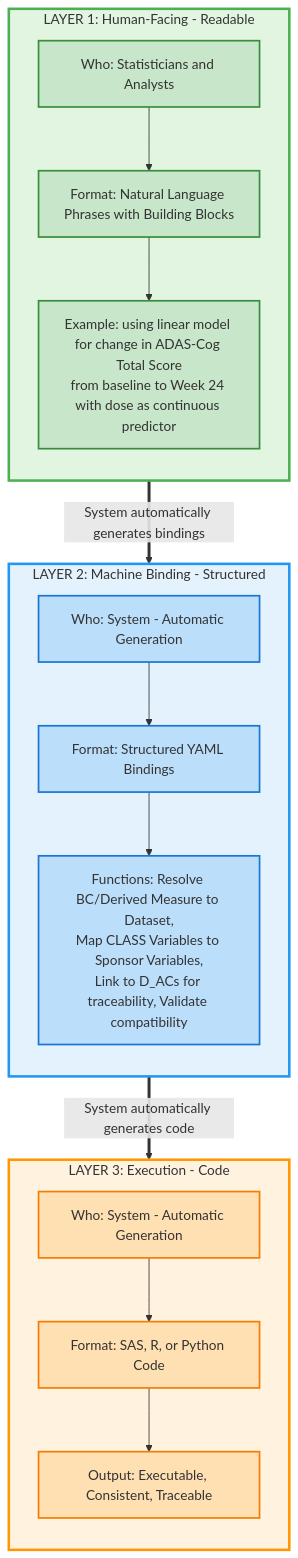
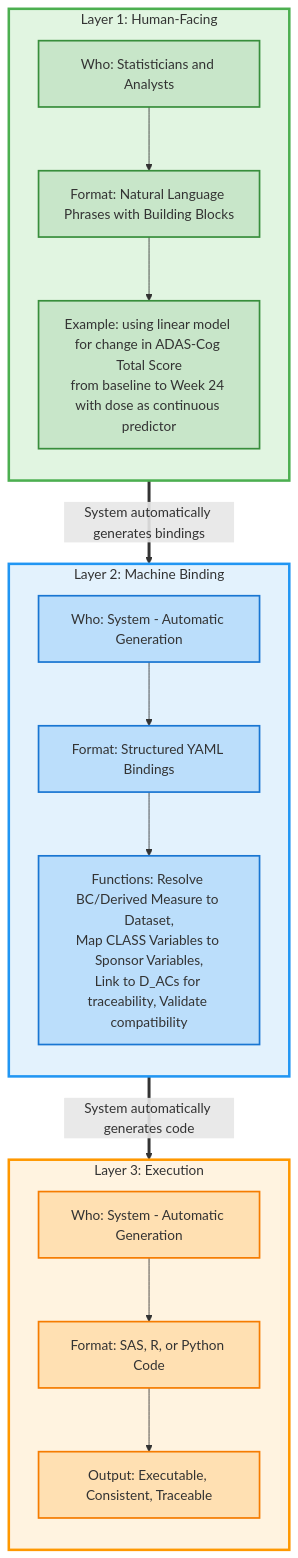
The diagram in neo4j/data/metadata/HYBRID_PHRASE_BASED_APPROACH.md (cdisc-org/analysis-concepts), drawn with Mermaid before and after one commit.

````diff
--- a/neo4j/data/metadata/HYBRID_PHRASE_BASED_APPROACH.md
+++ b/neo4j/data/metadata/HYBRID_PHRASE_BASED_APPROACH.md
@@ -15,41 +15,41 @@
 ```mermaid
 flowchart TD
-    subgraph Layer1["LAYER 1: Human-Facing - Readable"]
+    subgraph Layer1["Layer 1: Human-Facing"]
         direction TB
         H1["Who: Statisticians and Analysts"]
         H2["Format: Natural Language Phrases with Building Blocks"]
         H3["Example: using linear model for change in ADAS-Cog Total Score<br/>from baseline to Week 24 with dose as continuous predictor"]
         H1 --> H2 --> H3
     end
 
-    subgraph Layer2["LAYER 2: Machine Binding - Structured"]
+    subgraph Layer2["Layer 2: Machine Binding"]
         direction TB
         M1["Who: System - Automatic Generation"]
         M2["Format: Structured YAML Bindings"]
         M3["Functions: Resolve BC/Derived Measure to Dataset,<br/>Map CLASS Variables to Sponsor Variables,<br/>Link to D_ACs for traceability, Validate compatibility"]
         M1 --> M2 --> M3
     end
 
-    subgraph Layer3["LAYER 3: Execution - Code"]
+    subgraph Layer3["Layer 3: Execution"]
         direction TB
         E1["Who: System - Automatic Generation"]
         E2["Format: SAS, R, or Python Code"]
         E3["Output: Executable, Consistent, Traceable"]
         E1 --> E2 --> E3
     end
 
     Layer1 ==>|System automatically generates bindings| Layer2
     Layer2 ==>|System automatically generates code| Layer3
 
     style Layer1 fill:#e1f5e1,stroke:#4caf50,stroke-width:3px
     style Layer2 fill:#e3f2fd,stroke:#2196f3,stroke-width:3px
     style Layer3 fill:#fff3e0,stroke:#ff9800,stroke-width:3px
 
     classDef humanBox fill:#c8e6c9,stroke:#388e3c,stroke-width:2px
     classDef machineBox fill:#bbdefb,stroke:#1976d2,stroke-width:2px
     classDef codeBox fill:#ffe0b2,stroke:#f57c00,stroke-width:2px
 
     class H1,H2,H3 humanBox
     class M1,M2,M3 machineBox
     class E1,E2,E3 codeBox
 ```
````
